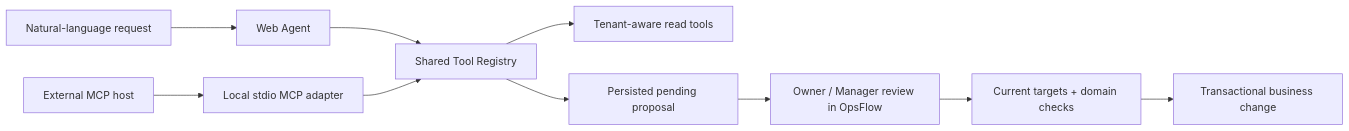
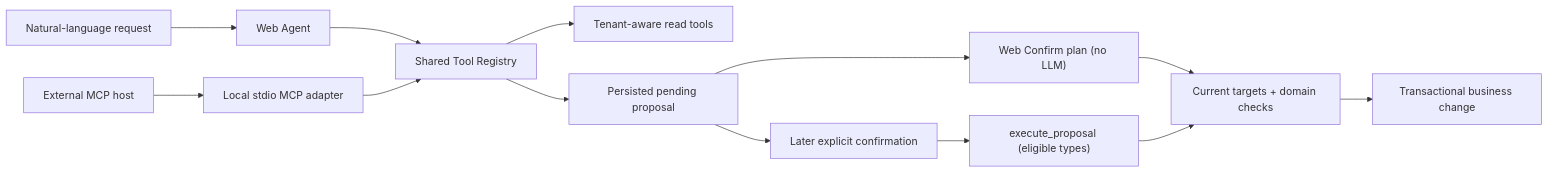
The diagram in README.md (shuttle666/opsflow), drawn with Mermaid before and after one commit. The commit also changed other lines of this file and 2 other files, not shown here.

Commit message:
docs: present OpsFlow as an engineering case study

````diff
--- a/README.md
+++ b/README.md
@@ -64,12 +66,15 @@
 ```mermaid
 flowchart LR
   Intent["Natural-language request"] --> Web["Web Agent"]
   Host["External MCP host"] --> Mcp["Local stdio MCP adapter"]
   Web --> Registry["Shared Tool Registry"]
   Mcp --> Registry
   Registry --> Reads["Tenant-aware read tools"]
   Registry --> Proposal["Persisted pending proposal"]
-  Proposal --> Review["Owner / Manager review in OpsFlow"]
-  Review --> Recheck["Current targets + domain checks"]
+  Proposal --> WebReview["Web Confirm plan (no LLM)"]
+  Proposal --> LaterConfirm["Later explicit confirmation"]
+  LaterConfirm --> Execute["execute_proposal (eligible types)"]
+  WebReview --> Recheck["Current targets + domain checks"]
+  Execute --> Recheck
   Recheck --> Mutation["Transactional business change"]
 ```
````
